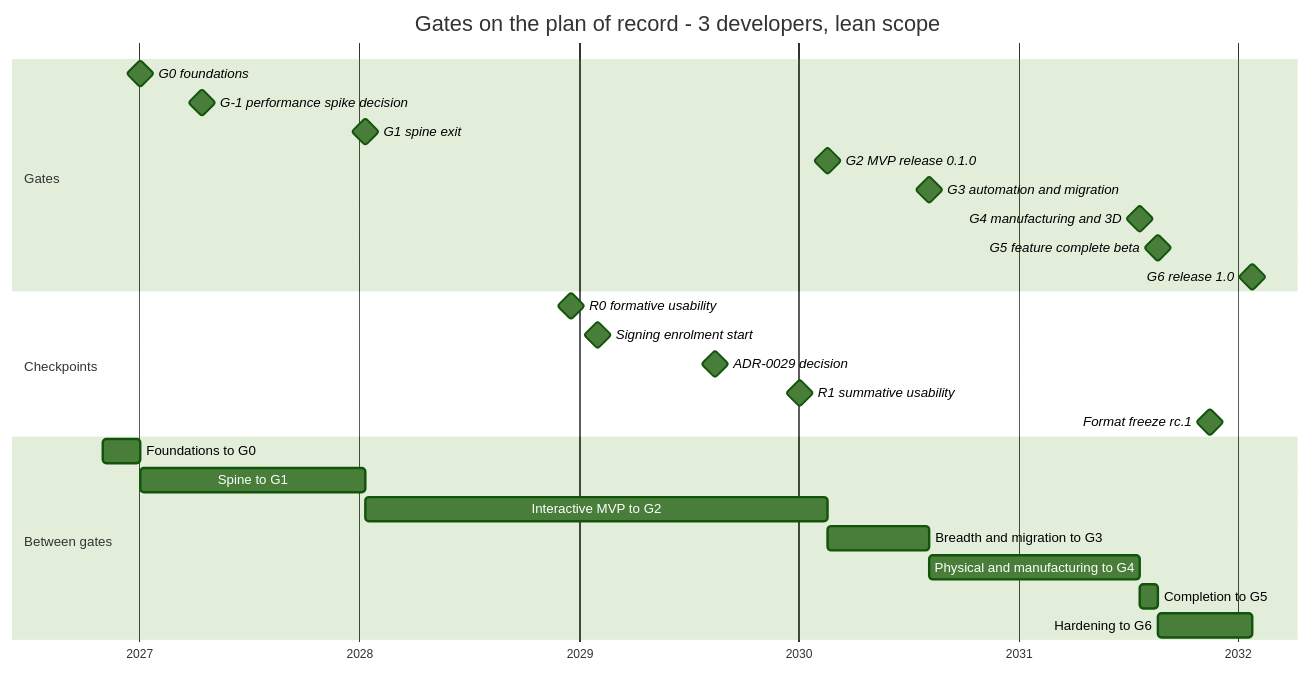
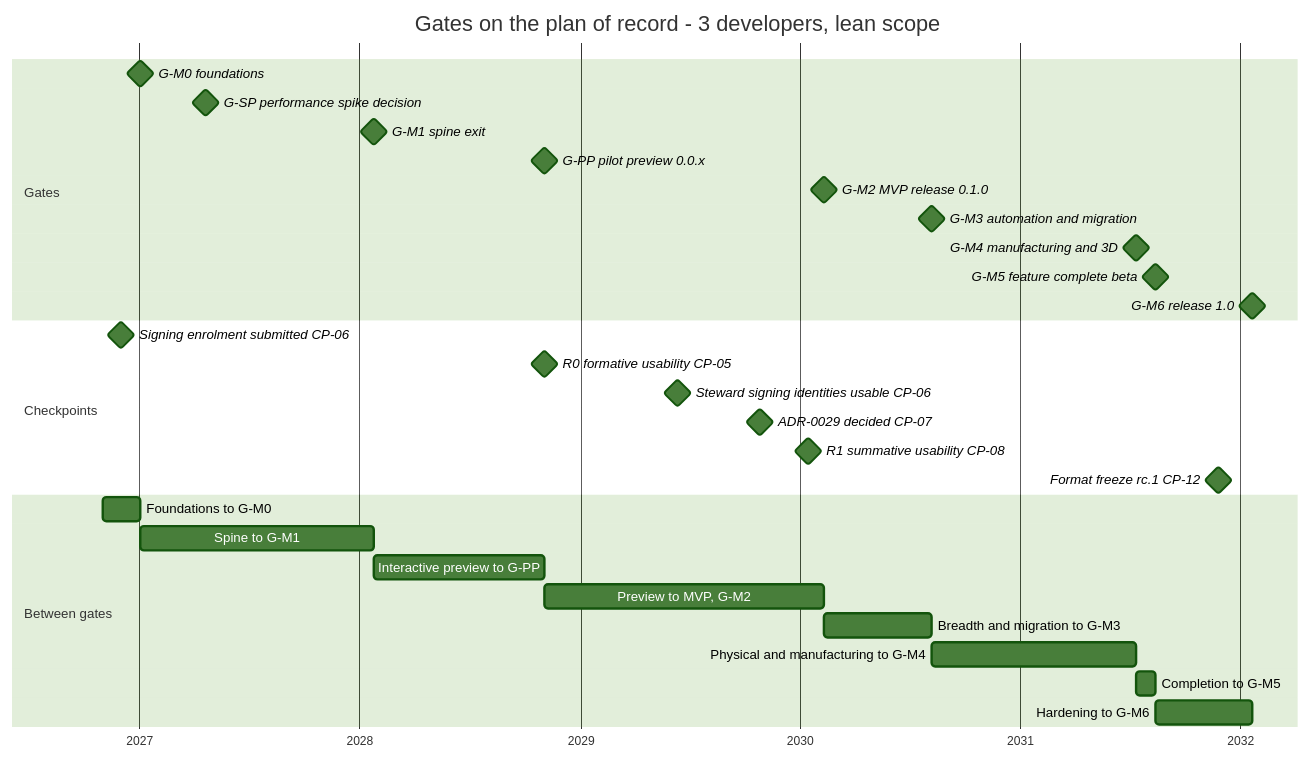
Before and after one commit to Ironkode787/ElektraWatt: the first of 3 diagrams in docs/plan/03-gates.md, drawn with Mermaid (forest theme). The commit also changed other lines of this file and 44 other files, not shown here.

````diff
--- a/docs/plan/03-gates.md
+++ b/docs/plan/03-gates.md
@@ -213,29 +268,32 @@
 ```mermaid
 gantt
   title Gates on the plan of record - 3 developers, lean scope
   dateFormat YYYY-MM-DD
   axisFormat %Y
   section Gates
-  G0 foundations :milestone, g0, 2027-01-03, 0d
-  G-1 performance spike decision :milestone, gm1, 2027-04-15, 0d
-  G1 spine exit :milestone, g1, 2028-01-11, 0d
-  G2 MVP release 0.1.0 :milestone, g2, 2030-02-17, 0d
-  G3 automation and migration :milestone, g3, 2030-08-06, 0d
-  G4 manufacturing and 3D :milestone, g4, 2031-07-21, 0d
-  G5 feature complete beta :milestone, g5, 2031-08-21, 0d
-  G6 release 1.0 :milestone, g6, 2032-01-25, 0d
+  G-M0 foundations :milestone, g0, 2027-01-03, 0d
+  G-SP performance spike decision :milestone, gsp, 2027-04-20, 0d
+  G-M1 spine exit :milestone, g1, 2028-01-24, 0d
+  G-PP pilot preview 0.0.x :milestone, gpp, 2028-11-03, 0d
+  G-M2 MVP release 0.1.0 :milestone, g2, 2030-02-09, 0d
+  G-M3 automation and migration :milestone, g3, 2030-08-07, 0d
+  G-M4 manufacturing and 3D :milestone, g4, 2031-07-12, 0d
+  G-M5 feature complete beta :milestone, g5, 2031-08-14, 0d
+  G-M6 release 1.0 :milestone, g6, 2032-01-21, 0d
   section Checkpoints
-  R0 formative usability :milestone, r0, 2028-12-18, 0d
-  Signing enrolment start :milestone, c28, 2029-02-01, 0d
-  ADR-0029 decision :milestone, c34, 2029-08-15, 0d
-  R1 summative usability :milestone, r1, 2030-01-03, 0d
-  Format freeze rc.1 :milestone, rc1, 2031-11-15, 0d
+  Signing enrolment submitted CP-06 :milestone, c6, 2026-12-02, 0d
+  R0 formative usability CP-05 :milestone, r0, 2028-11-03, 0d
+  Steward signing identities usable CP-06 :milestone, c6b, 2029-06-12, 0d
+  ADR-0029 decided CP-07 :milestone, c7, 2029-10-26, 0d
+  R1 summative usability CP-08 :milestone, r1, 2030-01-15, 0d
+  Format freeze rc.1 CP-12 :milestone, rc1, 2031-11-26, 0d
   section Between gates
-  Foundations to G0 :a0, 2026-11-01, 2027-01-03
-  Spine to G1 :a1, 2027-01-03, 2028-01-11
-  Interactive MVP to G2 :a2, 2028-01-11, 2030-02-17
-  Breadth and migration to G3 :a3, 2030-02-17, 2030-08-06
-  Physical and manufacturing to G4 :a4, 2030-08-06, 2031-07-21
-  Completion to G5 :a5, 2031-07-21, 2031-08-21
-  Hardening to G6 :a6, 2031-08-21, 2032-01-25
+  Foundations to G-M0 :a0, 2026-11-01, 2027-01-03
+  Spine to G-M1 :a1, 2027-01-03, 2028-01-24
+  Interactive preview to G-PP :a7, 2028-01-24, 2028-11-03
+  Preview to MVP, G-M2 :a2, 2028-11-03, 2030-02-09
+  Breadth and migration to G-M3 :a3, 2030-02-09, 2030-08-07
+  Physical and manufacturing to G-M4 :a4, 2030-08-07, 2031-07-12
+  Completion to G-M5 :a5, 2031-07-12, 2031-08-14
+  Hardening to G-M6 :a6, 2031-08-14, 2032-01-21
 ```
````
